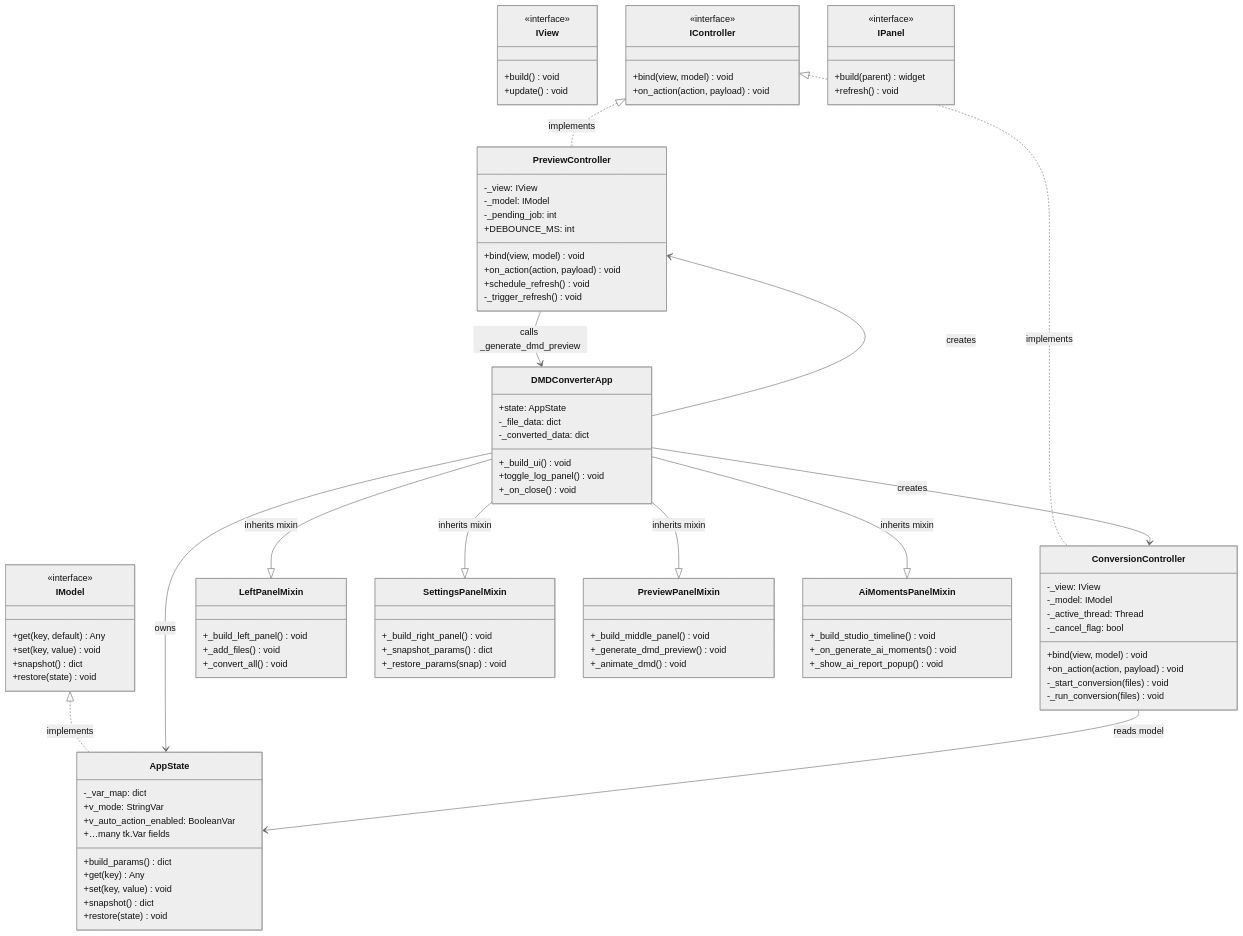
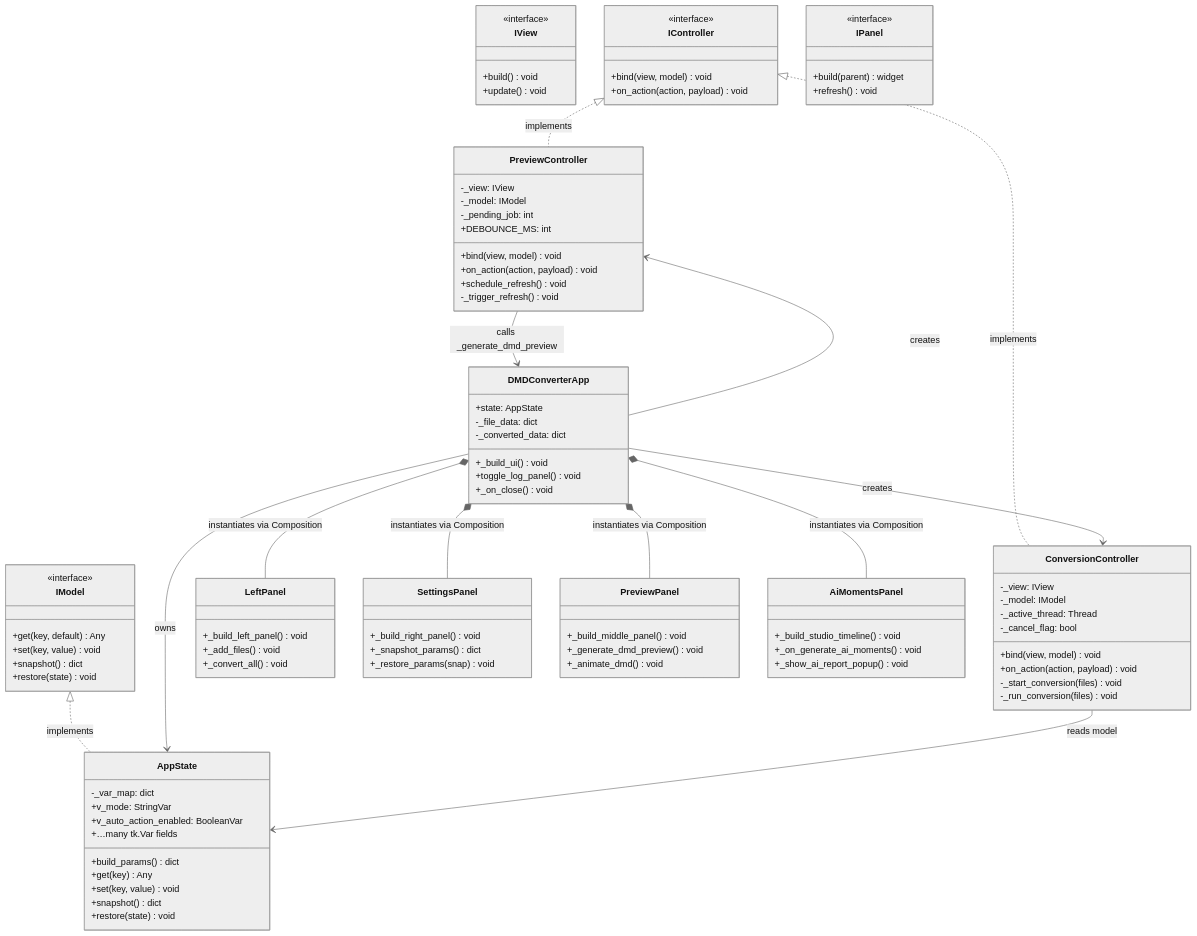
Before and after one commit to red77290/dmd_gif_converter: the third of 9 diagrams in ARCHITECTURE.md, drawn with Mermaid (neutral theme). The commit also changed other lines of this file and 34 other files, not shown here.

```diff
--- a/ARCHITECTURE.md
+++ b/ARCHITECTURE.md
@@ -496,22 +496,22 @@
         +_on_close() void
     }
 
-    class LeftPanelMixin {
+    class LeftPanel {
         +_build_left_panel() void
         +_add_files() void
         +_convert_all() void
     }
-    class SettingsPanelMixin {
+    class SettingsPanel {
         +_build_right_panel() void
         +_snapshot_params() dict
         +_restore_params(snap) void
     }
-    class PreviewPanelMixin {
+    class PreviewPanel {
         +_build_middle_panel() void
         +_generate_dmd_preview() void
         +_animate_dmd() void
     }
-    class AiMomentsPanelMixin {
+    class AiMomentsPanel {
         +_build_studio_timeline() void
         +_on_generate_ai_moments() void
         +_show_ai_report_popup() void
@@ -520,10 +520,10 @@
     IModel <|.. AppState : implements
     IController <|.. ConversionController : implements
     IController <|.. PreviewController : implements
-    DMDConverterApp --|> LeftPanelMixin : inherits mixin
-    DMDConverterApp --|> SettingsPanelMixin : inherits mixin
-    DMDConverterApp --|> PreviewPanelMixin : inherits mixin
-    DMDConverterApp --|> AiMomentsPanelMixin : inherits mixin
+    DMDConverterApp *-- LeftPanel : instantiates via Composition
+    DMDConverterApp *-- SettingsPanel : instantiates via Composition
+    DMDConverterApp *-- PreviewPanel : instantiates via Composition
+    DMDConverterApp *-- AiMomentsPanel : instantiates via Composition
     DMDConverterApp --> AppState : owns
     DMDConverterApp --> ConversionController : creates
     DMDConverterApp --> PreviewController : creates
```
